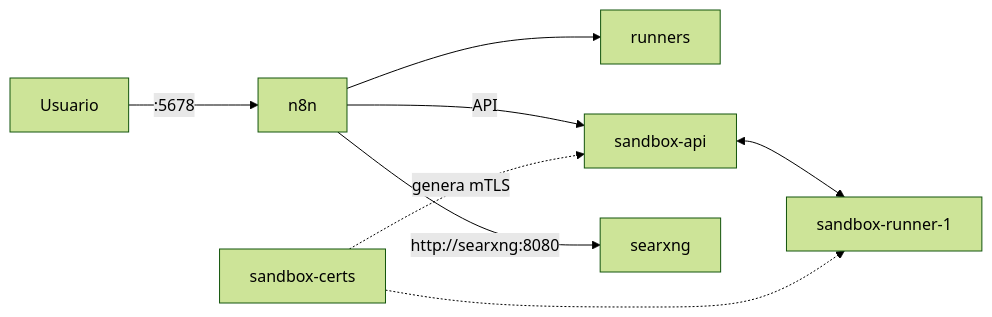
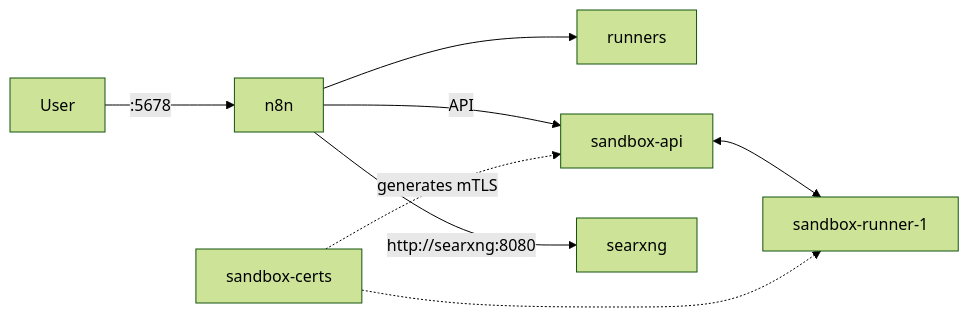
The diagram in README.md (brascoo/n8n-docker-compose), drawn with Mermaid (forest theme) before and after one commit. The commit also changed other lines of this file and 1 other file, not shown here.

````diff
--- a/README.md
+++ b/README.md
@@ -20,10 +22,10 @@
 ```mermaid
 flowchart LR
-    U[Usuario] -->|:5678| N8N[n8n]
+    U[User] -->|:5678| N8N[n8n]
     N8N --> RUN[runners]
     N8N -->|API| SBX[sandbox-api]
     N8N -->|"http://searxng:8080"| SX[searxng]
     SBX <--> SBR[sandbox-runner-1]
-    CERT[sandbox-certs] -.->|genera mTLS| SBX
+    CERT[sandbox-certs] -.->|generates mTLS| SBX
     CERT -.-> SBR
 ```
````
